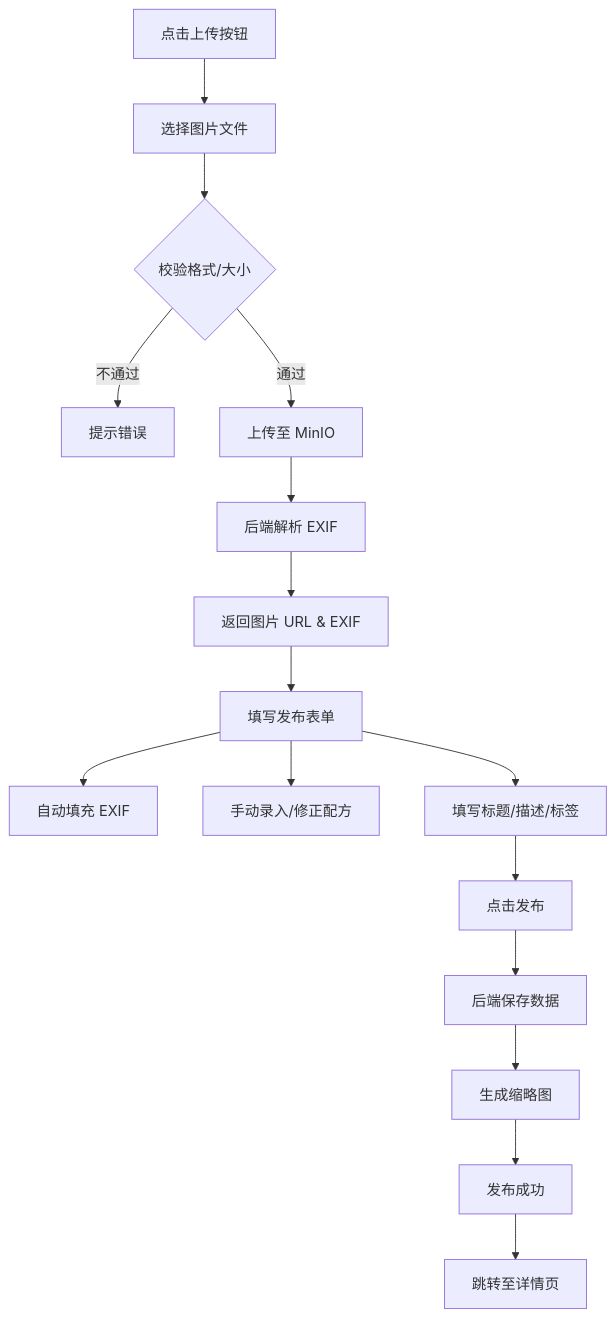
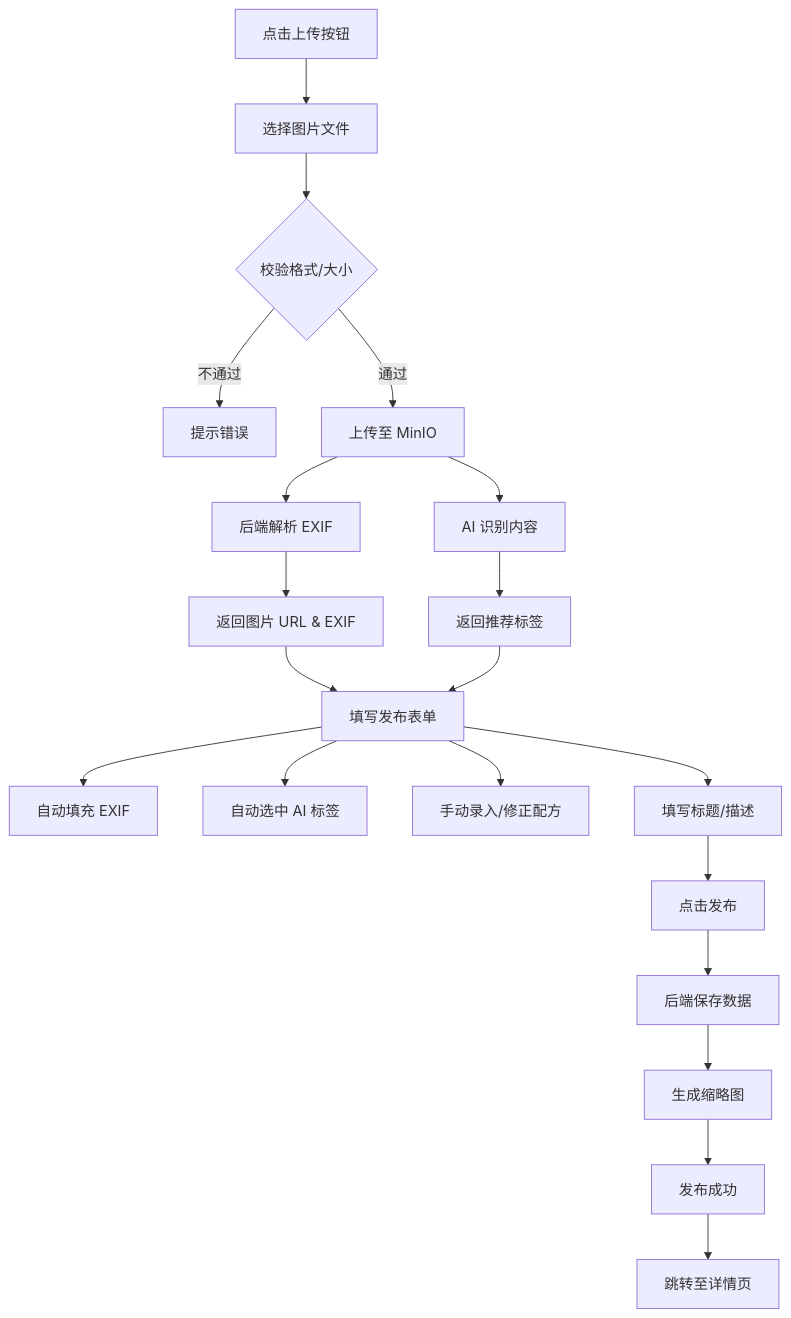
The second of 5 diagrams in docs/PRODUCT_DESIGN.md (chaizz/lumen-Park), drawn with Mermaid before and after one commit. The commit also changed other lines of this file and 40 other files, not shown here.

````diff
--- a/docs/PRODUCT_DESIGN.md
+++ b/docs/PRODUCT_DESIGN.md
@@ -127,21 +142,27 @@
 ```mermaid
 graph TD
     A["点击上传按钮"] --> B["选择图片文件"]
     B --> C{"校验格式/大小"}
     C -->|"不通过"| D["提示错误"]
     C -->|"通过"| E["上传至 MinIO"]
     
     E --> F["后端解析 EXIF"]
-    F --> G["返回图片 URL & EXIF"]
+    E --> G["AI 识别内容"]
     
-    G --> H["填写发布表单"]
-    H --> I["自动填充 EXIF"]
-    H --> J["手动录入/修正配方"]
-    H --> K["填写标题/描述/标签"]
+    F --> H["返回图片 URL & EXIF"]
+    G --> I["返回推荐标签"]
     
-    K --> L["点击发布"]
-    L --> M["后端保存数据"]
-    M --> N["生成缩略图"]
-    N --> O["发布成功"]
-    O --> P["跳转至详情页"]
+    H --> J["填写发布表单"]
+    I --> J
+    
+    J --> K["自动填充 EXIF"]
+    J --> L["自动选中 AI 标签"]
+    J --> M["手动录入/修正配方"]
+    J --> N["填写标题/描述"]
+    
+    N --> O["点击发布"]
+    O --> P["后端保存数据"]
+    P --> Q["生成缩略图"]
+    Q --> R["发布成功"]
+    R --> S["跳转至详情页"]
 ```
````
